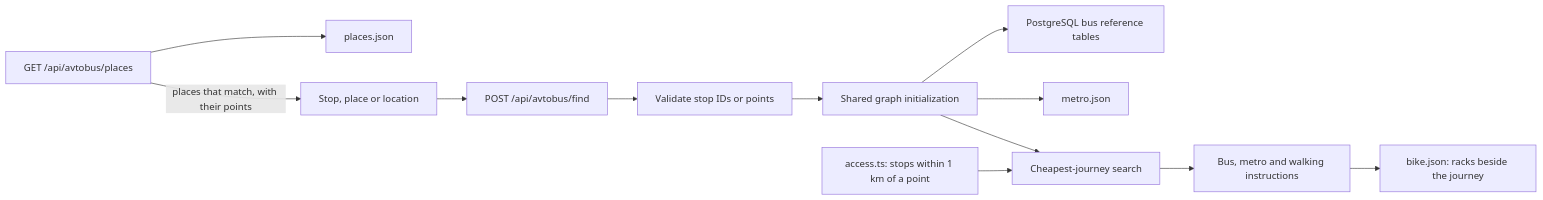
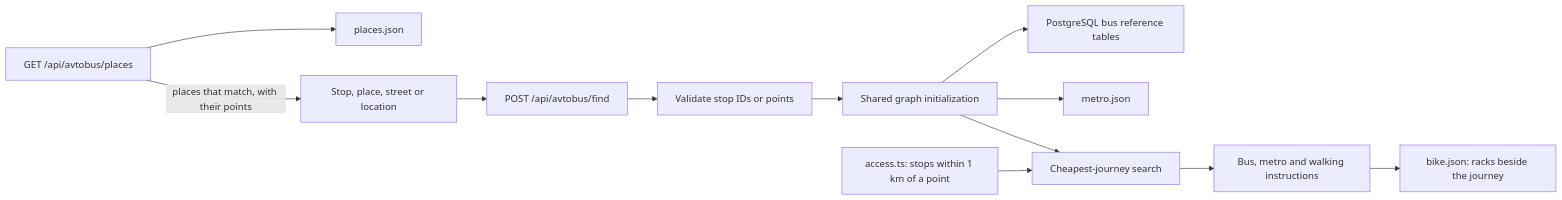
Before and after one commit to ismatsamadov/line: the diagram in earlier/jobloom/birjob/docs/bus-routing.md, drawn with Mermaid. The commit also changed other lines of this file and 12 other files, not shown here.

````diff
--- a/earlier/jobloom/birjob/docs/bus-routing.md
+++ b/earlier/jobloom/birjob/docs/bus-routing.md
@@ -14,14 +14,14 @@
 ```mermaid
 flowchart LR
   P[GET /api/avtobus/places] --> Q[places.json]
   P -->|places that match, with their points| A
-  A[Stop, place or location] --> B[POST /api/avtobus/find]
+  A[Stop, place, street or location] --> B[POST /api/avtobus/find]
   B --> C[Validate stop IDs or points]
   C --> D[Shared graph initialization]
   D --> E[PostgreSQL bus reference tables]
   D --> M[metro.json]
   D --> F[Cheapest-journey search]
   W[access.ts: stops within 1 km of a point] --> F
   F --> G[Bus, metro and walking instructions]
   G --> K[bike.json: racks beside the journey]
 ```
````
